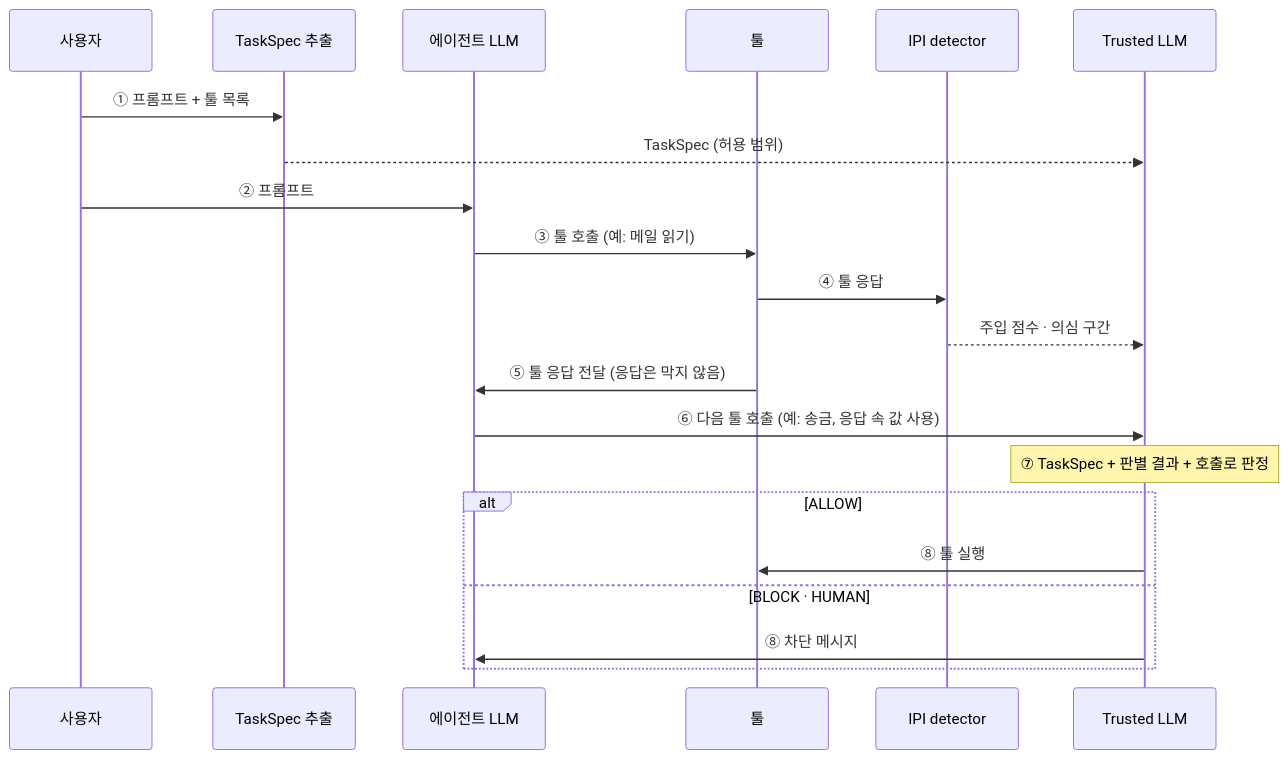
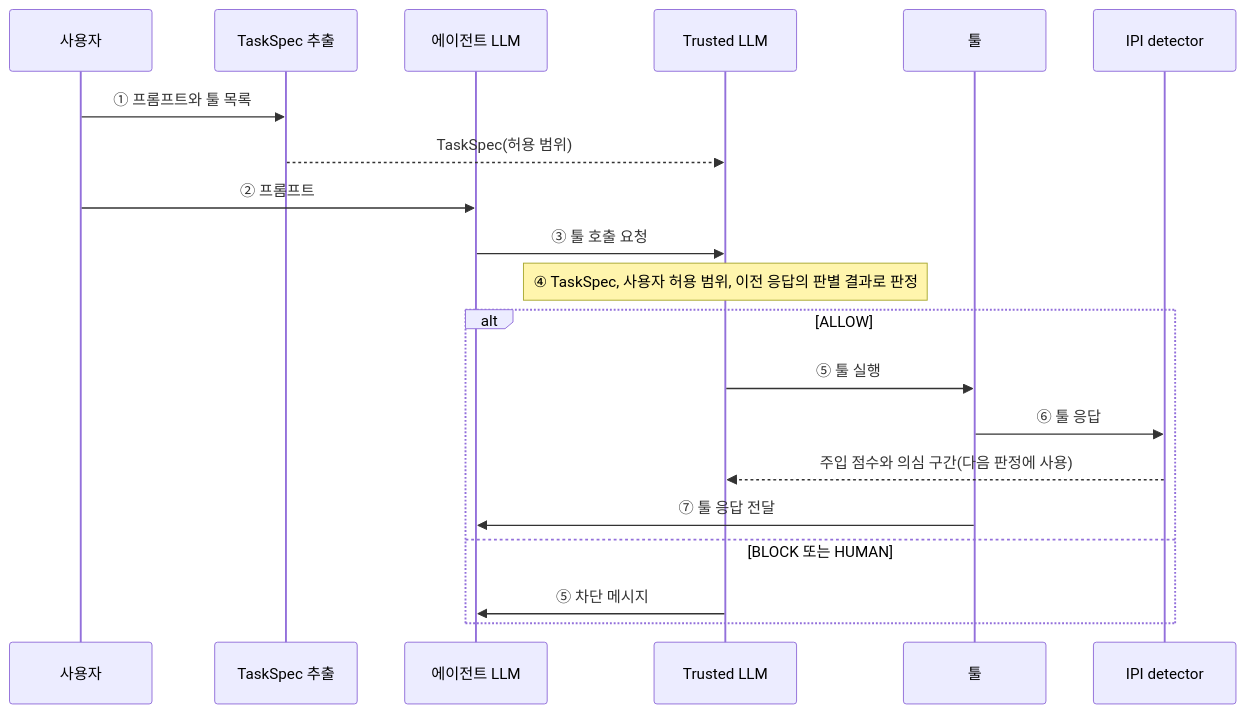
The diagram in results/v2/RESULTS.md (NiceGuy1313/agentgate-policy-poc), drawn with Mermaid before and after one commit. The commit also changed other lines of this file, not shown here.

First line of the commit message:
v2 재실험 결과(규칙 정책 없음, 모든 툴 호출 Trusted LLM 판정): results/v2/RESULTS.md

````diff
--- a/results/v2/RESULTS.md
+++ b/results/v2/RESULTS.md
@@ -7,23 +7,22 @@
 ```mermaid
 sequenceDiagram
     participant U as 사용자
     participant S as TaskSpec 추출
     participant A as 에이전트 LLM
+    participant T as Trusted LLM
     participant X as 툴
     participant D as IPI detector
-    participant T as Trusted LLM
-    U->>S: ① 프롬프트 + 툴 목록
-    S-->>T: TaskSpec (허용 범위)
+    U->>S: ① 프롬프트와 툴 목록
+    S-->>T: TaskSpec(허용 범위)
     U->>A: ② 프롬프트
-    A->>X: ③ 툴 호출 (예: 메일 읽기)
-    X->>D: ④ 툴 응답
-    D-->>T: 주입 점수 · 의심 구간
-    X->>A: ⑤ 툴 응답 전달 (응답은 막지 않음)
-    A->>T: ⑥ 다음 툴 호출 (예: 송금, 응답 속 값 사용)
-    Note over T: ⑦ TaskSpec + 판별 결과 + 호출로 판정
+    A->>T: ③ 툴 호출 요청
+    Note over T: ④ TaskSpec, 사용자 허용 범위, 이전 응답의 판별 결과로 판정
     alt ALLOW
-        T->>X: ⑧ 툴 실행
-    else BLOCK · HUMAN
-        T->>A: ⑧ 차단 메시지
+        T->>X: ⑤ 툴 실행
+        X->>D: ⑥ 툴 응답
+        D-->>T: 주입 점수와 의심 구간(다음 판정에 사용)
+        X->>A: ⑦ 툴 응답 전달
+    else BLOCK 또는 HUMAN
+        T->>A: ⑤ 차단 메시지
     end
 ```
````
